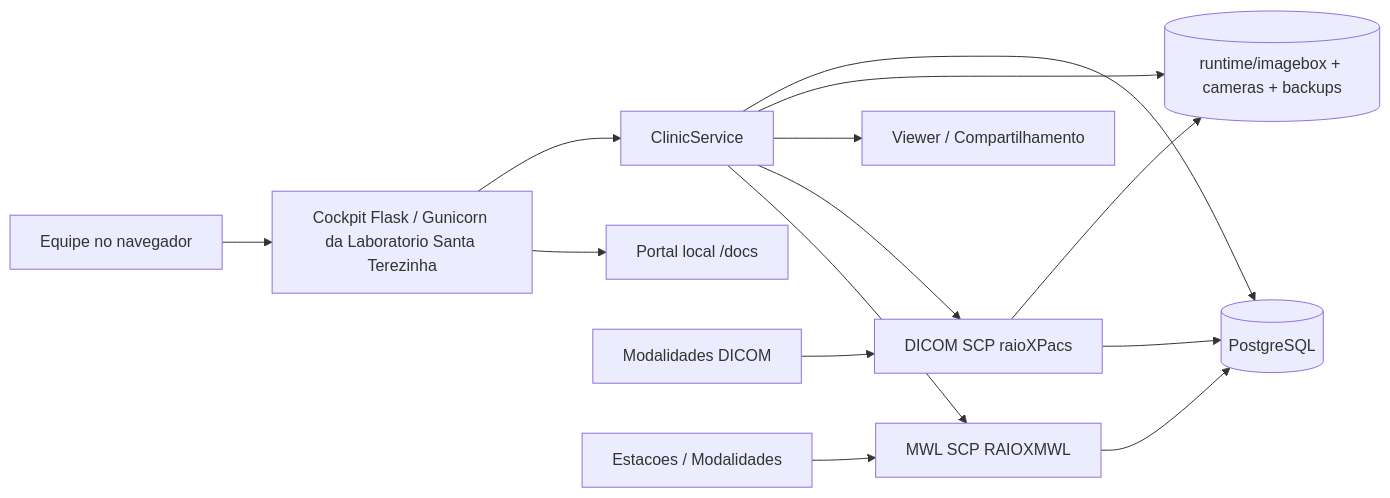
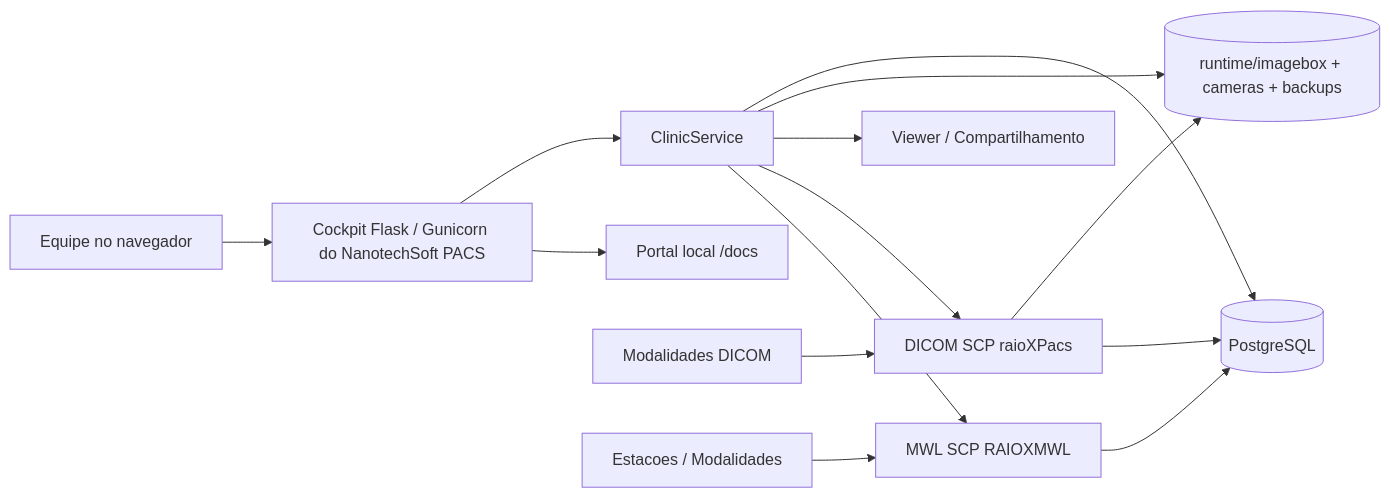
The first of 10 diagrams in apps/pacs/source/docs/DIAGRAMAS_E_PROCESSOS.md (renansc/NanotechSoft), drawn with Mermaid before and after one commit. The commit also changed other lines of this file and 11 other files, not shown here.

````diff
--- a/apps/pacs/source/docs/DIAGRAMAS_E_PROCESSOS.md
+++ b/apps/pacs/source/docs/DIAGRAMAS_E_PROCESSOS.md
@@ -12,16 +12,16 @@
 ```mermaid
 flowchart LR
-    Browser[Equipe no navegador] --> Flask[Cockpit Flask / Gunicorn da Laboratorio Santa Terezinha]
+    Browser[Equipe no navegador] --> Flask[Cockpit Flask / Gunicorn do NanotechSoft PACS]
     Flask --> Service[ClinicService]
     Service --> DB[(PostgreSQL)]
     Service --> Runtime[(runtime/imagebox + cameras + backups)]
     Service --> Viewer[Viewer / Compartilhamento]
     Flask --> Docs[Portal local /docs]
     Modality[Modalidades DICOM] --> PACS[DICOM SCP raioXPacs]
     PACS --> Runtime
     PACS --> DB
     Equipment[Estacoes / Modalidades] --> MWL[MWL SCP RAIOXMWL]
     MWL --> DB
     Service --> PACS
     Service --> MWL
 ```
````
